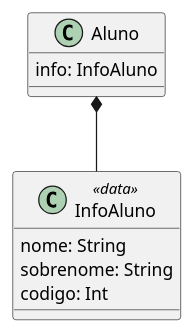
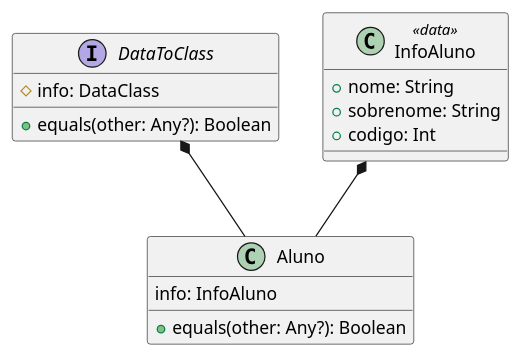
The diagram in docs/class.plantuml (giovani-dev/Sistema-Escolar), drawn with PlantUML before and after one commit.

Commit message:
Fix: class Relations

```diff
--- a/docs/class.plantuml
+++ b/docs/class.plantuml
@@ -1,15 +1,25 @@
 @startuml
 
+
+interface DataToClass {
+    # info: DataClass
+
+    + equals(other: Any?): Boolean
+}
+
 class InfoAluno <<data>> {
-    nome: String
-    sobrenome: String
-    codigo: Int
+    + nome: String
+    + sobrenome: String
+    + codigo: Int
 }
 
 class Aluno {
     info: InfoAluno
+
+    + equals(other: Any?): Boolean
 }
 
-Aluno *-- InfoAluno
+DataToClass *-- Aluno
+InfoAluno *-- Aluno
 
 @enduml
```
